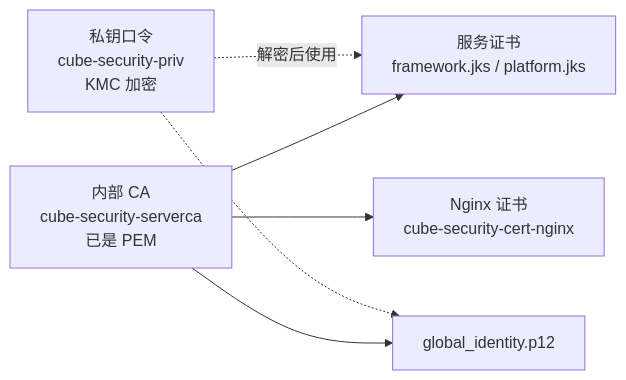
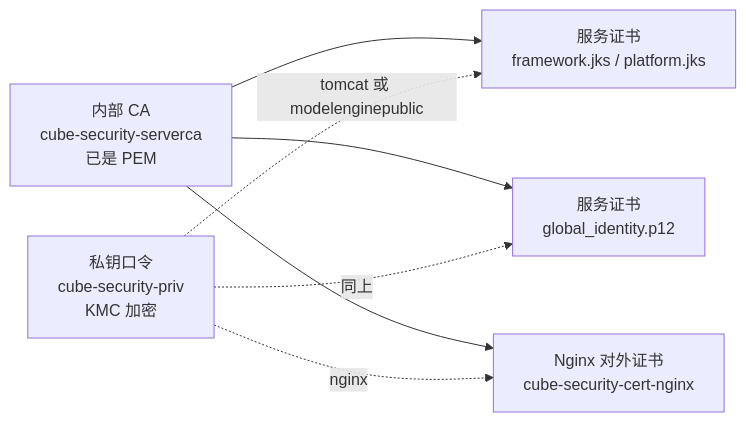
Before and after one commit to HaoruiSong622/OMS: the sixth of 29 diagrams in design/OMS-MIG-001-存量迁移.md, drawn with Mermaid. The commit also changed other lines of this file and 2 other files, not shown here.

````diff
--- a/design/OMS-MIG-001-存量迁移.md
+++ b/design/OMS-MIG-001-存量迁移.md
@@ -188,8 +190,9 @@
 ```mermaid
 flowchart LR
   CA["内部 CA<br/>cube-security-serverca<br/>已是 PEM"] --> JKS["服务证书<br/>framework.jks / platform.jks"]
-  CA --> P12["global_identity.p12"]
-  CA --> NGX["Nginx 证书<br/>cube-security-cert-nginx"]
-  PW["私钥口令<br/>cube-security-priv<br/>KMC 加密"] -.->|"解密后使用"| JKS
-  PW -.-> P12
+  CA --> P12["服务证书<br/>global_identity.p12"]
+  CA --> NGX["Nginx 对外证书<br/>cube-security-cert-nginx"]
+  PW["私钥口令<br/>cube-security-priv<br/>KMC 加密"] -.->|"tomcat 或 modelenginepublic"| JKS
+  PW -.->|"同上"| P12
+  PW -.->|"nginx"| NGX
 ```
````
